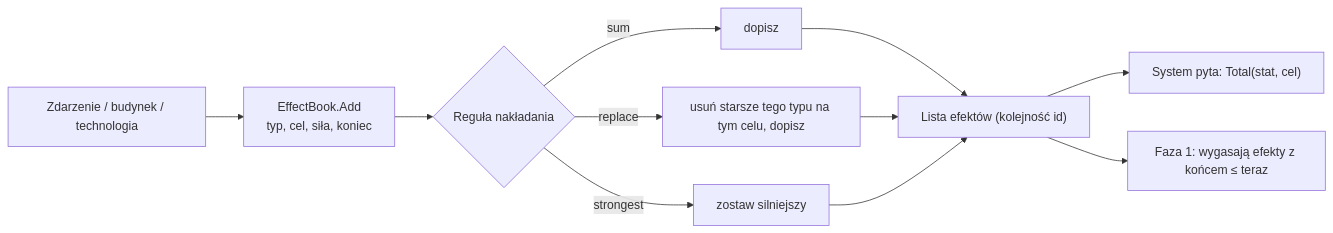
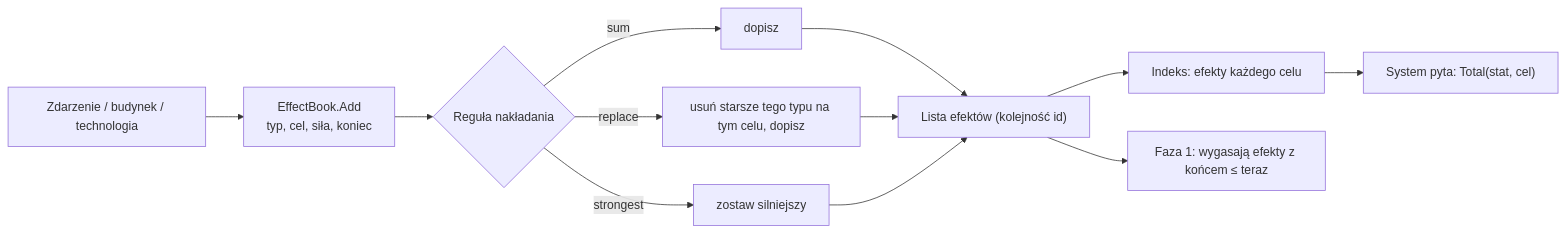
The diagram in docs/systems/effects.md (CoStellar/CivSim2), drawn with Mermaid before and after one commit. The commit also changed other lines of this file and 7 other files, not shown here.

````diff
--- a/docs/systems/effects.md
+++ b/docs/systems/effects.md
@@ -14,13 +14,14 @@
 ```mermaid
 flowchart LR
   Z["Zdarzenie / budynek / technologia"] --> A["EffectBook.Add<br/>typ, cel, siła, koniec"]
   A --> R{"Reguła nakładania"}
   R -->|sum| S["dopisz"]
   R -->|replace| P["usuń starsze tego typu na tym celu, dopisz"]
   R -->|strongest| M["zostaw silniejszy"]
   S --> B["Lista efektów (kolejność id)"]
   P --> B
   M --> B
-  B --> Q["System pyta: Total(stat, cel)"]
+  B --> I["Indeks: efekty każdego celu"]
+  I --> Q["System pyta: Total(stat, cel)"]
   B --> W["Faza 1: wygasają efekty z końcem ≤ teraz"]
 ```
````
